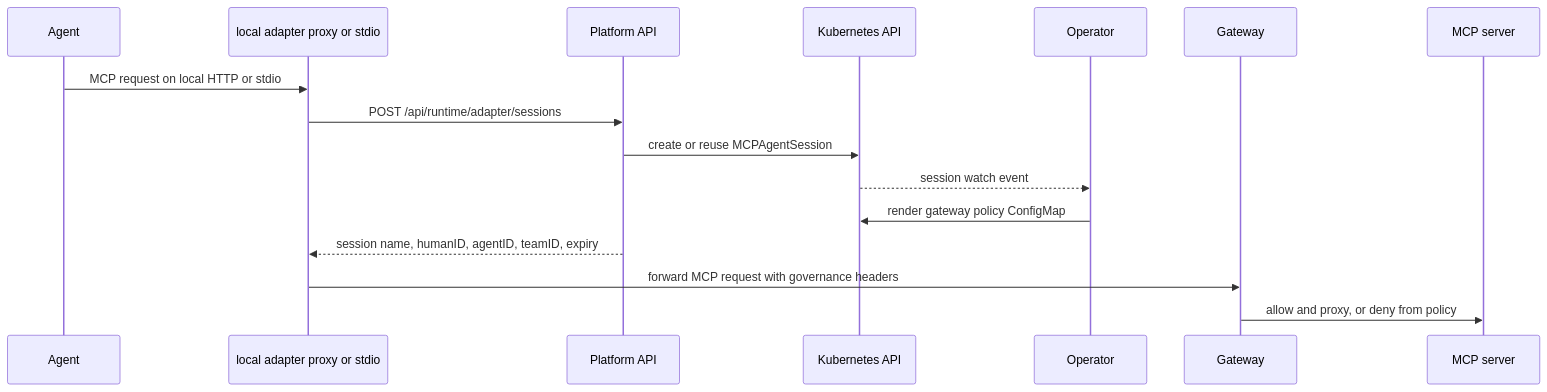
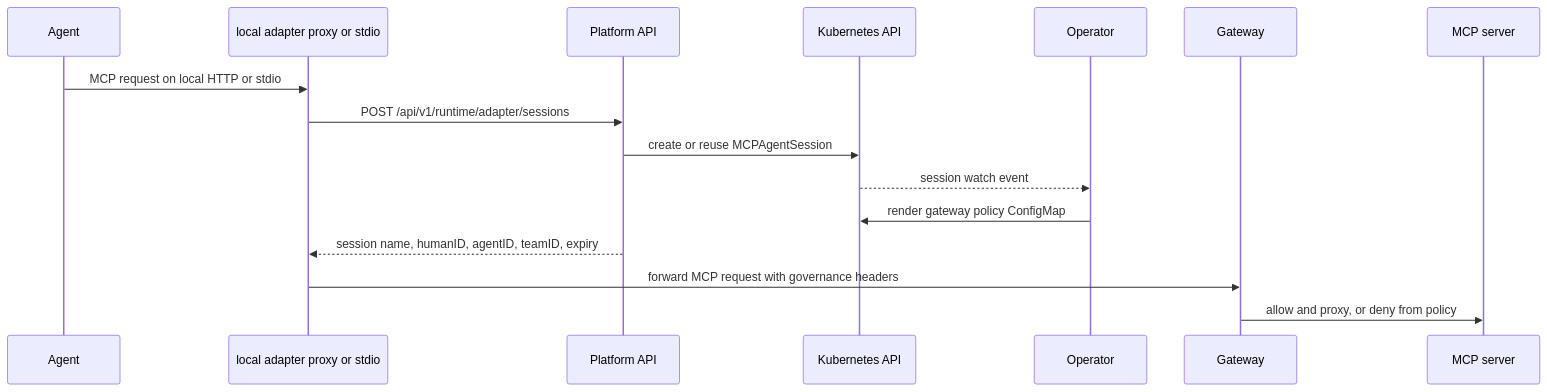
The fourth of 9 diagrams in docs/internals/request-flows.md (Agent-Hellboy/mcp-runtime), drawn with Mermaid before and after one commit. The commit also changed other lines of this file and 351 other files, not shown here.

First line of the commit message:
feat(sentinel): split mcp-sentinel-api into platform, runtime, and analytics services (#324)

````diff
--- a/docs/internals/request-flows.md
+++ b/docs/internals/request-flows.md
@@ -121,19 +121,19 @@
 ```mermaid
 sequenceDiagram
     participant Agent
     participant Adapter as local adapter proxy or stdio
     participant API as Platform API
     participant K8s as Kubernetes API
     participant Operator
     participant Gateway
     participant Server as MCP server
 
     Agent->>Adapter: MCP request on local HTTP or stdio
-    Adapter->>API: POST /api/runtime/adapter/sessions
+    Adapter->>API: POST /api/v1/runtime/adapter/sessions
     API->>K8s: create or reuse MCPAgentSession
     K8s-->>Operator: session watch event
     Operator->>K8s: render gateway policy ConfigMap
     API-->>Adapter: session name, humanID, agentID, teamID, expiry
     Adapter->>Gateway: forward MCP request with governance headers
     Gateway->>Server: allow and proxy, or deny from policy
 ```
````
